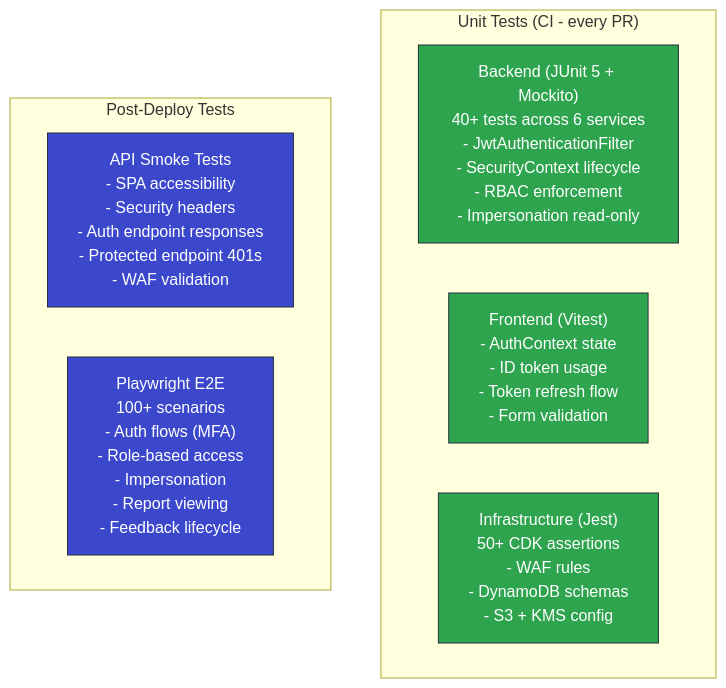
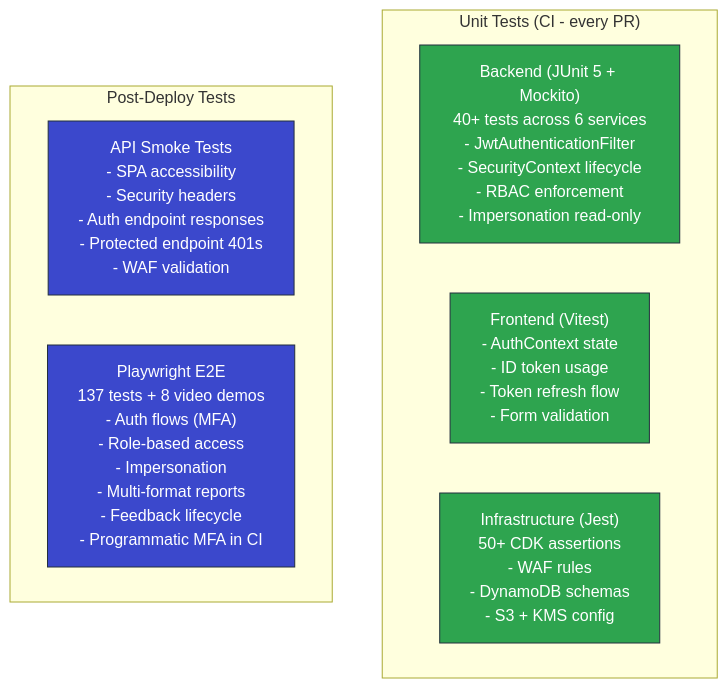
One commit to shanakaj/ReportsPortal changed diagram 11 of 15 in README.md. Above: the diagram before and after it, drawn with Mermaid. The commit also changed other lines of this file, not shown here.

First line of the commit message:
Consolidate README with multi-format reports, admin password reset, and E2E auth

````diff
--- a/README.md
+++ b/README.md
@@ -455,19 +478,19 @@
 ```mermaid
 flowchart TD
     subgraph Unit["Unit Tests (CI - every PR)"]
         BE["Backend (JUnit 5 + Mockito)\n40+ tests across 6 services\n- JwtAuthenticationFilter\n- SecurityContext lifecycle\n- RBAC enforcement\n- Impersonation read-only"]
         FE["Frontend (Vitest)\n- AuthContext state\n- ID token usage\n- Token refresh flow\n- Form validation"]
         INFRA["Infrastructure (Jest)\n50+ CDK assertions\n- WAF rules\n- DynamoDB schemas\n- S3 + KMS config"]
     end
 
     subgraph Integration["Post-Deploy Tests"]
         API["API Smoke Tests\n- SPA accessibility\n- Security headers\n- Auth endpoint responses\n- Protected endpoint 401s\n- WAF validation"]
-        E2E["Playwright E2E\n100+ scenarios\n- Auth flows (MFA)\n- Role-based access\n- Impersonation\n- Report viewing\n- Feedback lifecycle"]
+        E2E["Playwright E2E\n137 tests + 8 video demos\n- Auth flows (MFA)\n- Role-based access\n- Impersonation\n- Multi-format reports\n- Feedback lifecycle\n- Programmatic MFA in CI"]
     end
 
     classDef unit fill:#2ea44f,stroke:#232f3e,color:#fff
     classDef integ fill:#3b48cc,stroke:#232f3e,color:#fff
 
     class BE,FE,INFRA unit
     class API,E2E integ
 ```
````
